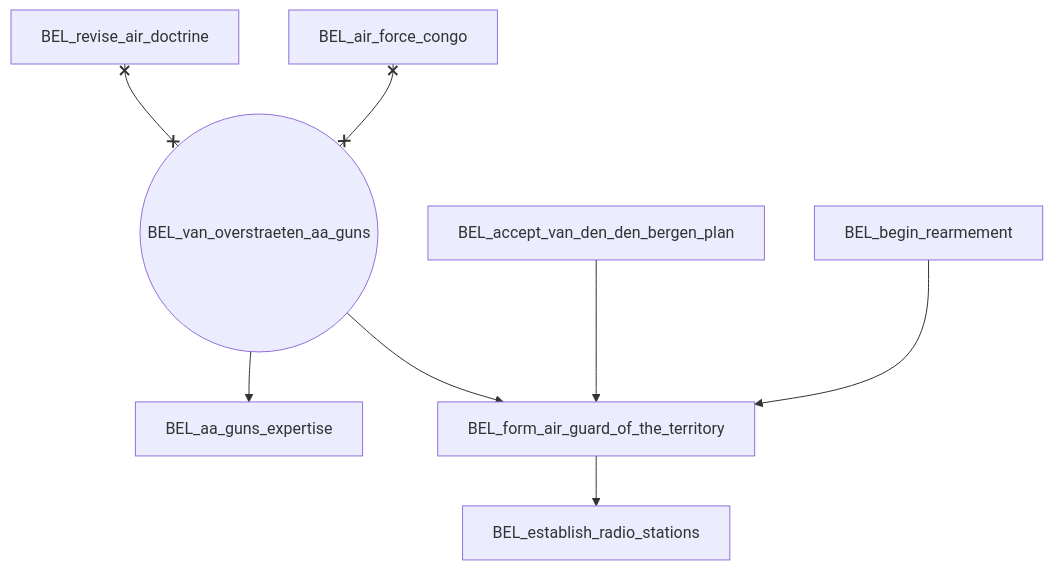
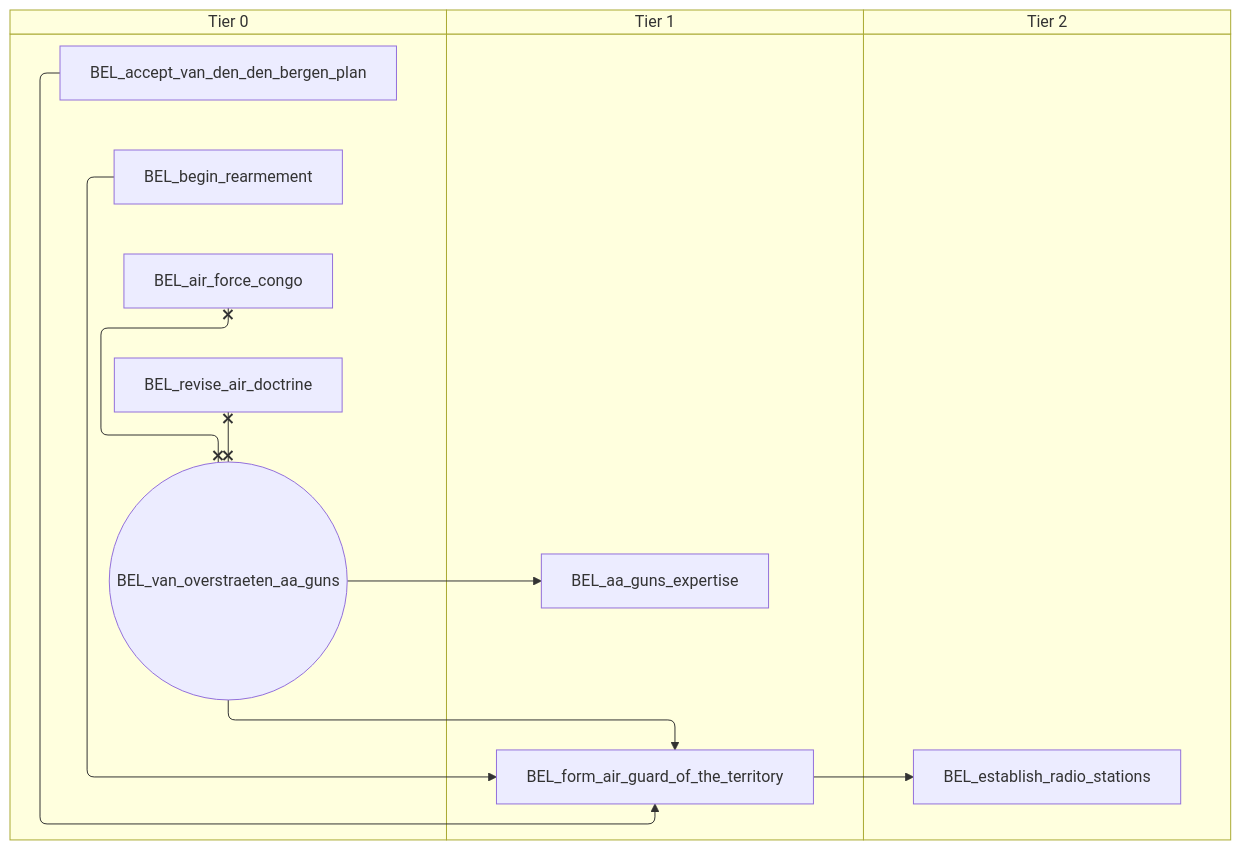
Before and after one commit to evgeny-sobol/hoi4-sandbox-mode-r56: diagram 13 of 13 in docs/gdd/National Focuses/r56/r56_belgium.md, drawn with Mermaid. The commit also changed other lines of this file and 423 other files, not shown here.

First line of the commit message:
Re-export Rt56 focus trees as swimlane diagrams

````diff
--- a/docs/gdd/National Focuses/r56/r56_belgium.md
+++ b/docs/gdd/National Focuses/r56/r56_belgium.md
@@ -597,18 +729,24 @@
 ```mermaid
-flowchart TD
-    n123["BEL_aa_guns_expertise"]
-    n16["BEL_accept_van_den_den_bergen_plan"]
-    n50["BEL_air_force_congo"]
-    n17["BEL_begin_rearmement"]
-    n23["BEL_establish_radio_stations"]
-    n25["BEL_form_air_guard_of_the_territory"]
-    n55["BEL_revise_air_doctrine"]
-    n44(("BEL_van_overstraeten_aa_guns"))
-    n44 --> n123
-    n25 --> n23
-    n17 --> n25
-    n16 --> n25
-    n44 --> n25
-    n50 x--x n44
-    n55 x--x n44
+swimlane-beta TD
+    subgraph tier_0["Tier 0"]
+        n15["BEL_accept_van_den_den_bergen_plan"]
+        n45["BEL_air_force_congo"]
+        n16["BEL_begin_rearmement"]
+        n47["BEL_revise_air_doctrine"]
+        n18(("BEL_van_overstraeten_aa_guns"))
+    end
+    subgraph tier_1["Tier 1"]
+        n123["BEL_aa_guns_expertise"]
+        n19["BEL_form_air_guard_of_the_territory"]
+    end
+    subgraph tier_2["Tier 2"]
+        n24["BEL_establish_radio_stations"]
+    end
+    n18 --> n123
+    n19 --> n24
+    n16 --> n19
+    n15 --> n19
+    n18 --> n19
+    n45 x--x n18
+    n47 x--x n18
 ```
````
